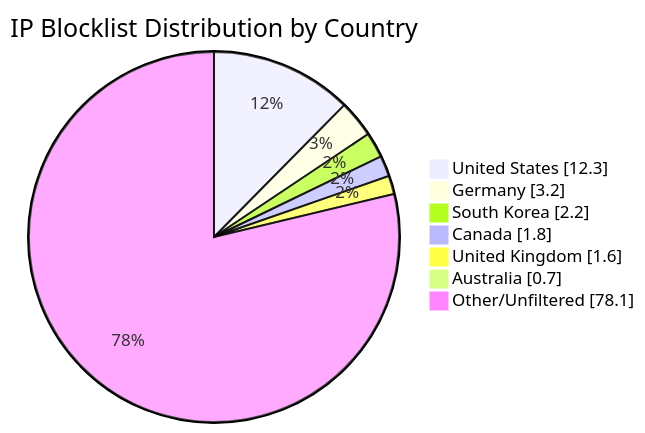
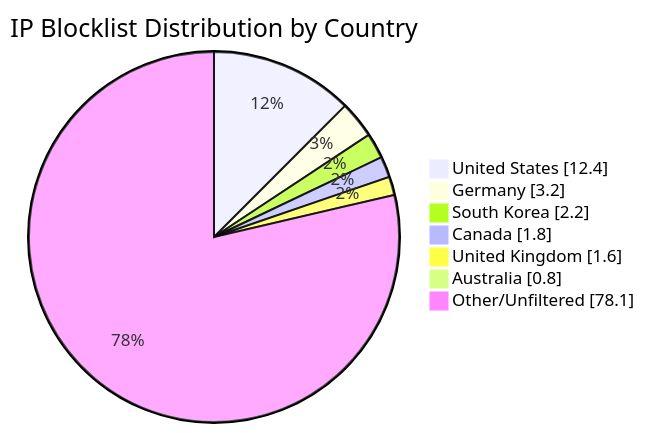
The diagram in README.md (MarcusHoltz/ipblocklist-geofiltered-aggregator), drawn with Mermaid before and after one commit. The commit also changed other lines of this file and 9 other files, not shown here.

````diff
--- a/README.md
+++ b/README.md
@@ -34,10 +34,10 @@
 ```mermaid
 pie showData title IP Blocklist Distribution by Country
-"United States" : 12.3
+"United States" : 12.4
 "Germany" : 3.2
 "South Korea" : 2.2
 "Canada" : 1.8
 "United Kingdom" : 1.6
-"Australia" : 0.7
+"Australia" : 0.8
 "Other/Unfiltered" : 78.1
 ```
````
